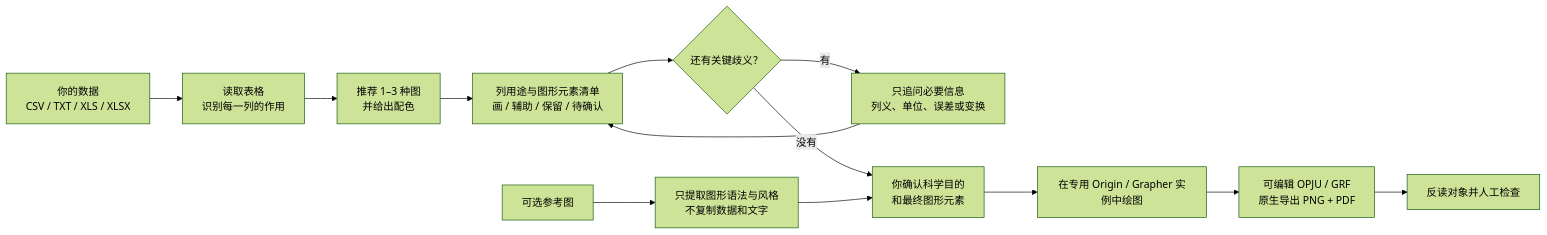
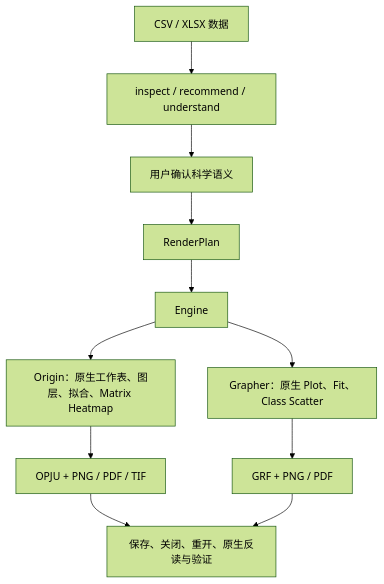
Before and after one commit to yuxian-cell/figureloom: the diagram in README.md, drawn with Mermaid (forest theme). The commit also changed other lines of this file and 3 other files, not shown here.

````diff
--- a/README.md
+++ b/README.md
@@ -29,15 +16,13 @@
 ```mermaid
-flowchart LR
-    A["你的数据<br>CSV / TXT / XLS / XLSX"] --> B["读取表格<br>识别每一列的作用"]
-    B --> C["推荐 1–3 种图<br>并给出配色"]
-    C --> D["列用途与图形元素清单<br>画 / 辅助 / 保留 / 待确认"]
-    D --> E{"还有关键歧义？"}
-    E -- 有 --> F["只追问必要信息<br>列义、单位、误差或变换"]
-    F --> D
-    E -- 没有 --> G["你确认科学目的<br>和最终图形元素"]
-    R["可选参考图"] --> S["只提取图形语法与风格<br>不复制数据和文字"]
-    S --> G
-    G --> H["在专用 Origin / Grapher 实例中绘图"]
-    H --> I["可编辑 OPJU / GRF<br>原生导出 PNG + PDF"]
-    I --> J["反读对象并人工检查"]
+flowchart TD
+    A[CSV / XLSX 数据] --> B[inspect / recommend / understand]
+    B --> C[用户确认科学语义]
+    C --> D[RenderPlan]
+    D --> E[Engine]
+    E --> F[Origin：原生工作表、图层、拟合、Matrix Heatmap]
+    E --> G[Grapher：原生 Plot、Fit、Class Scatter]
+    F --> H[OPJU + PNG / PDF / TIF]
+    G --> I[GRF + PNG / PDF]
+    H --> J[保存、关闭、重开、原生反读与验证]
+    I --> J
 ```
````
